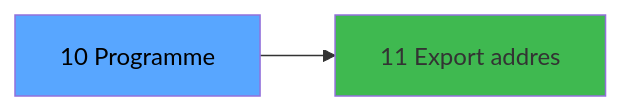
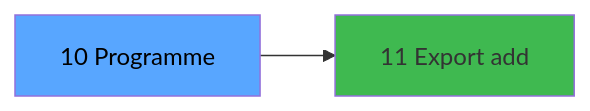
One commit to thonyAGP/magic-migration changed the third of 3 diagrams in .openspec/specs/ADH-IDE-10.md. Above: the diagram before and after it, drawn with Mermaid. The commit also changed other lines of this file and 323 other files, not shown here.

````diff
--- a/.openspec/specs/ADH-IDE-10.md
+++ b/.openspec/specs/ADH-IDE-10.md
@@ -114,8 +126,8 @@
 ```mermaid
 graph LR
     T[10 Programme]
-    C11[11 Export   addres]
+    C11[11 Export   add]
     T --> C11
     style T fill:#58a6ff,color:#000
     style C11 fill:#3fb950
 ```
````
